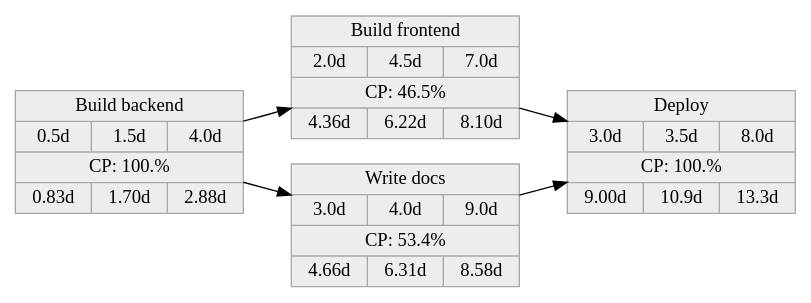
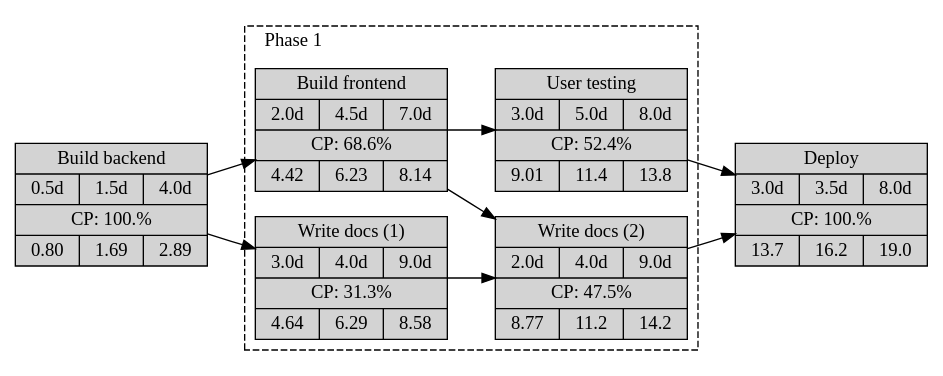
The diagram in example/project.dot (j-mueller/ernie), drawn with Graphviz before and after one commit. The commit also changed 7 other files, not shown here.

```diff
--- a/example/project.dot
+++ b/example/project.dot
@@ -1,14 +1,25 @@
-digraph 
-{
-node [shape=Mrecord]
-rankdir=LR
-  node [color="darkgray" fillcolor="grey93" style="filled" height=".1" shape="record"]
-  "TaskID 0" [label="Build backend|{0.5d|1.5d|4.0d}|CP: 100.%|{0.83d |1.70d | 2.88d }"]
-  "TaskID 1" [label="Build frontend|{2.0d|4.5d|7.0d}|CP: 46.5%|{4.36d |6.22d | 8.10d }"]
-  "TaskID 2" [label="Write docs|{3.0d|4.0d|9.0d}|CP: 53.4%|{4.66d |6.31d | 8.58d }"]
-  "TaskID 3" [label="Deploy|{3.0d|3.5d|8.0d}|CP: 100.%|{9.00d |10.9d | 13.3d }"]
-  "TaskID 0" -> "TaskID 1"
-  "TaskID 0" -> "TaskID 2"
-  "TaskID 1" -> "TaskID 3"
-  "TaskID 2" -> "TaskID 3"
+digraph "" {
+    graph [rankdir=LR];
+    node [shape=record
+         ,style=filled
+         ,bgcolor=gray93
+         ,height=0.1];
+    5 [label="Deploy|{3.0d|3.5d|8.0d}|CP:\ 100.%|{13.7|16.2|19.0}"];
+    0 [label="Build\ backend|{0.5d|1.5d|4.0d}|CP:\ 100.%|{0.80|1.69|2.89}"];
+    3 -> 5;
+    4 -> 5;
+    subgraph "cluster_Phase 1" {
+        4 [label="Write\ docs\ (2)|{2.0d|4.0d|9.0d}|CP:\ 47.5%|{8.77|11.2|14.2}"];
+        1 -> 4;
+        2 -> 4;
+        3 [label="User\ testing|{3.0d|5.0d|8.0d}|CP:\ 52.4%|{9.01|11.4|13.8}"];
+        1 -> 3;
+        2 [label="Write\ docs\ (1)|{3.0d|4.0d|9.0d}|CP:\ 31.3%|{4.64|6.29|8.58}"];
+        1 [label="Build\ frontend|{2.0d|4.5d|7.0d}|CP:\ 68.6%|{4.42|6.23|8.14}"];
+        graph [label="Phase 1"
+              ,style=dashed
+              ,labeljust=l];
+    }
+    0 -> 2;
+    0 -> 1;
 }
```
